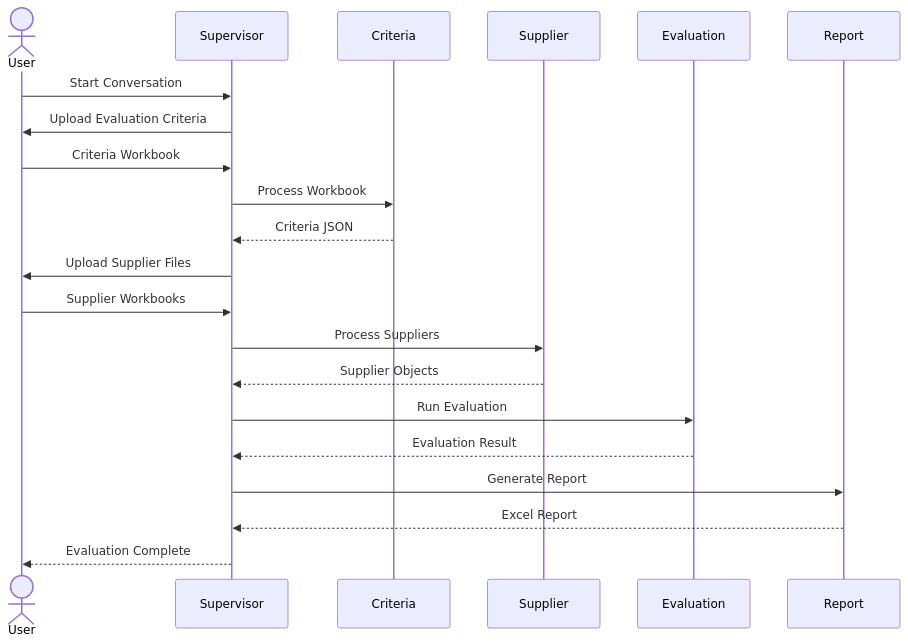
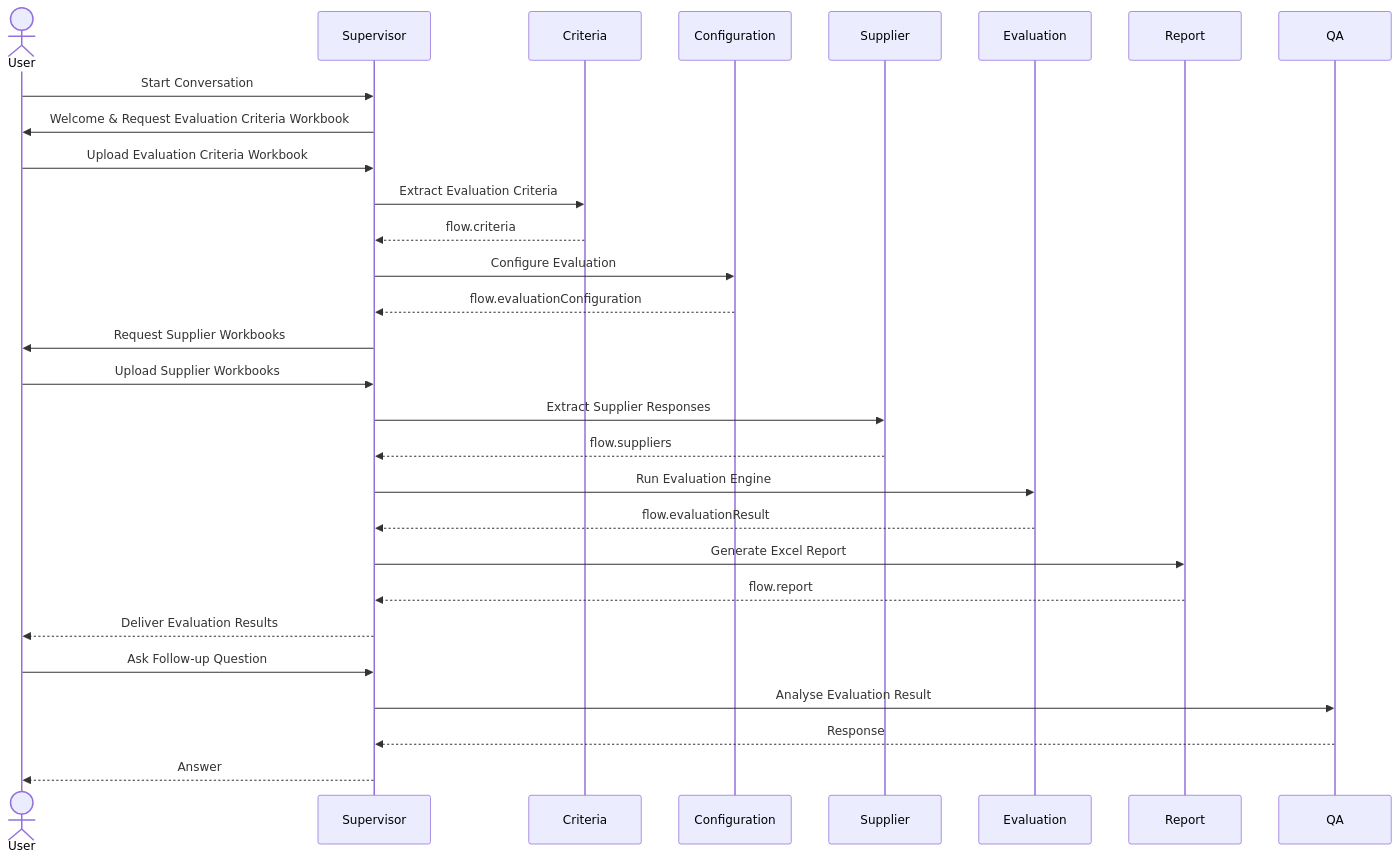
One commit to adityarane-ai/Agentic-Orchestrations changed the seventh of 7 diagrams in Bid Analysis Agent/04-System-Architecture.md. Above: the diagram before and after it, drawn with Mermaid. The commit also changed other lines of this file, not shown here.

````diff
--- a/Bid Analysis Agent/04-System-Architecture.md
+++ b/Bid Analysis Agent/04-System-Architecture.md
@@ -375,43 +553,59 @@
 ```mermaid
 sequenceDiagram
 
 actor User
 
 participant Supervisor
 
 participant Criteria
 
+participant Configuration
+
 participant Supplier
 
 participant Evaluation
 
 participant Report
 
+participant QA
+
 User->>Supervisor: Start Conversation
 
-Supervisor->>User: Upload Evaluation Criteria
+Supervisor->>User: Welcome & Request Evaluation Criteria Workbook
 
-User->>Supervisor: Criteria Workbook
+User->>Supervisor: Upload Evaluation Criteria Workbook
 
-Supervisor->>Criteria: Process Workbook
+Supervisor->>Criteria: Extract Evaluation Criteria
 
-Criteria-->>Supervisor: Criteria JSON
+Criteria-->>Supervisor: flow.criteria
 
-Supervisor->>User: Upload Supplier Files
+Supervisor->>Configuration: Configure Evaluation
 
-User->>Supervisor: Supplier Workbooks
+Configuration-->>Supervisor: flow.evaluationConfiguration
 
-Supervisor->>Supplier: Process Suppliers
+Supervisor->>User: Request Supplier Workbooks
 
-Supplier-->>Supervisor: Supplier Objects
+User->>Supervisor: Upload Supplier Workbooks
 
-Supervisor->>Evaluation: Run Evaluation
+Supervisor->>Supplier: Extract Supplier Responses
 
-Evaluation-->>Supervisor: Evaluation Result
+Supplier-->>Supervisor: flow.suppliers
 
-Supervisor->>Report: Generate Report
+Supervisor->>Evaluation: Run Evaluation Engine
 
-Report-->>Supervisor: Excel Report
+Evaluation-->>Supervisor: flow.evaluationResult
 
-Supervisor-->>User: Evaluation Complete
+Supervisor->>Report: Generate Excel Report
+
+Report-->>Supervisor: flow.report
+
+Supervisor-->>User: Deliver Evaluation Results
+
+User->>Supervisor: Ask Follow-up Question
+
+Supervisor->>QA: Analyse Evaluation Result
+
+QA-->>Supervisor: Response
+
+Supervisor-->>User: Answer
 ```
````
